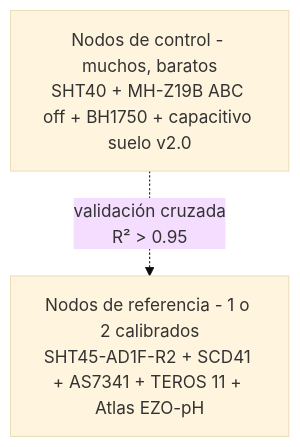
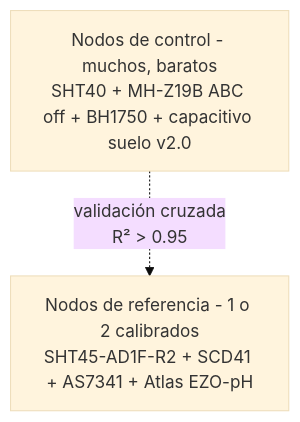
Before and after one commit to KrappRamiro/FAK-docs: the diagram in content/investigacion/metodologia.md, drawn with Mermaid (base theme). The commit also changed other lines of this file and 10 other files, not shown here.

````diff
--- a/content/investigacion/metodologia.md
+++ b/content/investigacion/metodologia.md
@@ -13,6 +16,6 @@
 ```mermaid
 graph TD
     Control[Nodos de control - muchos, baratos<br/>SHT40 + MH-Z19B ABC off + BH1750 + capacitivo suelo v2.0]
-    Reference[Nodos de referencia - 1 o 2 calibrados<br/>SHT45-AD1F-R2 + SCD41 + AS7341 + TEROS 11 + Atlas EZO-pH]
+    Reference[Nodos de referencia - 1 o 2 calibrados<br/>SHT45-AD1F-R2 + SCD41 + AS7341 + Atlas EZO-pH]
     Control -.->|validación cruzada<br/>R² > 0.95| Reference
 ```
````
